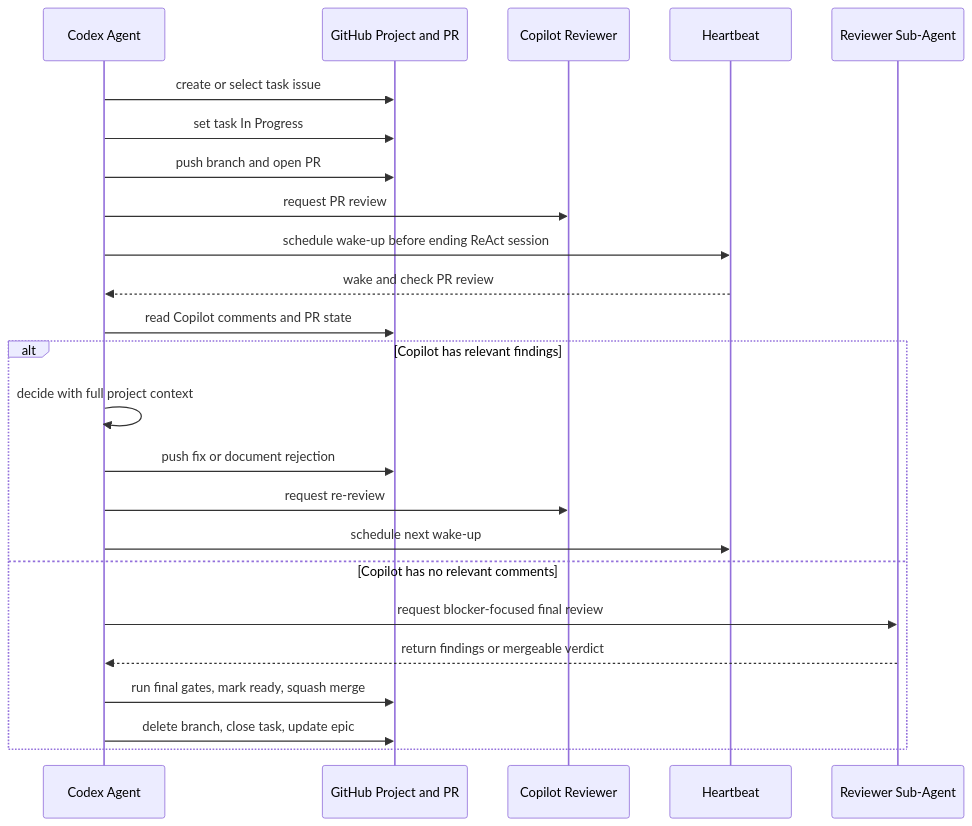
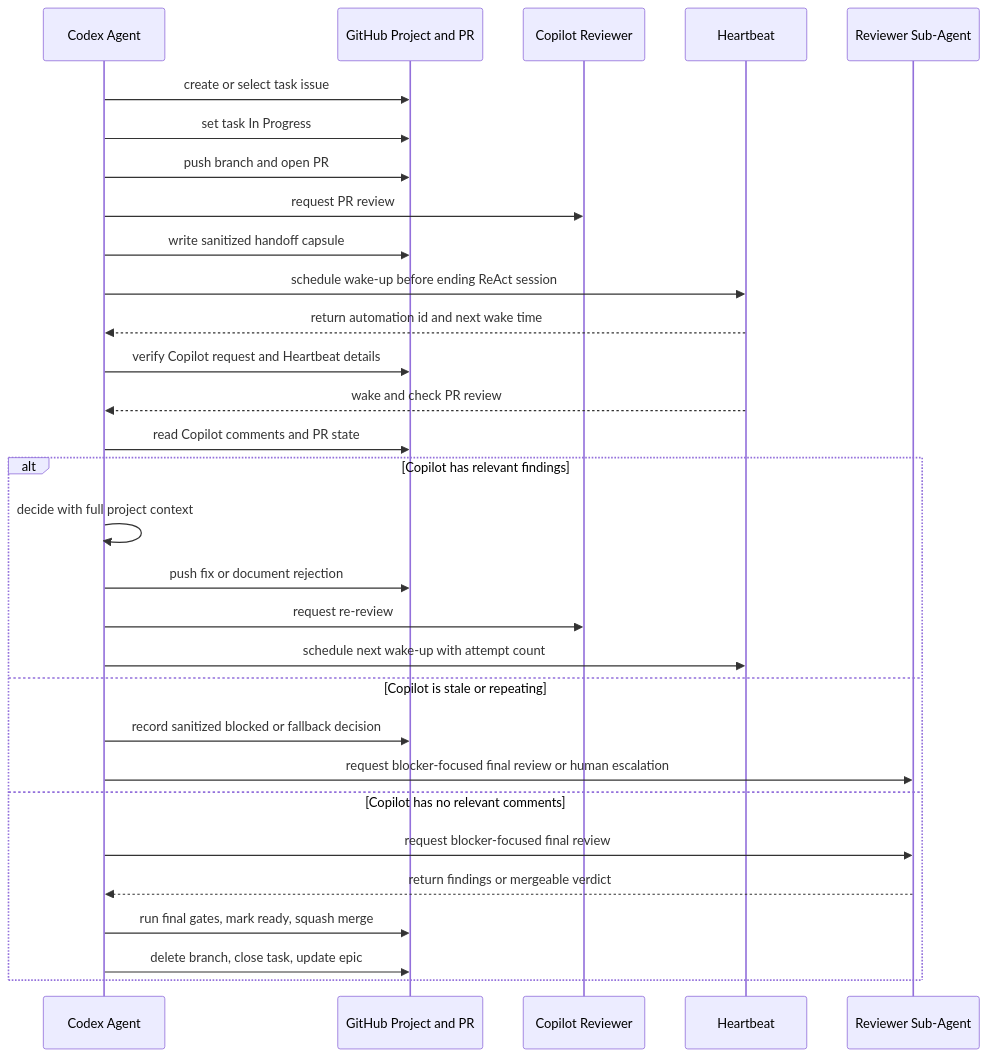
One commit to Turkevich91/Aigan changed the second of 3 diagrams in AGENTS.dev-pipeline-contract.md. Above: the diagram before and after it, drawn with Mermaid. The commit also changed other lines of this file, not shown here.

````diff
--- a/AGENTS.dev-pipeline-contract.md
+++ b/AGENTS.dev-pipeline-contract.md
@@ -51,27 +61,33 @@
 ```mermaid
 sequenceDiagram
     participant CA as Codex Agent
     participant GH as GitHub Project and PR
     participant CP as Copilot Reviewer
     participant HB as Heartbeat
     participant RA as Reviewer Sub-Agent
 
     CA->>GH: create or select task issue
     CA->>GH: set task In Progress
     CA->>GH: push branch and open PR
     CA->>CP: request PR review
+    CA->>GH: write sanitized handoff capsule
     CA->>HB: schedule wake-up before ending ReAct session
+    HB-->>CA: return automation id and next wake time
+    CA->>GH: verify Copilot request and Heartbeat details
     HB-->>CA: wake and check PR review
     CA->>GH: read Copilot comments and PR state
     alt Copilot has relevant findings
         CA->>CA: decide with full project context
         CA->>GH: push fix or document rejection
         CA->>CP: request re-review
-        CA->>HB: schedule next wake-up
+        CA->>HB: schedule next wake-up with attempt count
+    else Copilot is stale or repeating
+        CA->>GH: record sanitized blocked or fallback decision
+        CA->>RA: request blocker-focused final review or human escalation
     else Copilot has no relevant comments
         CA->>RA: request blocker-focused final review
         RA-->>CA: return findings or mergeable verdict
         CA->>GH: run final gates, mark ready, squash merge
         CA->>GH: delete branch, close task, update epic
     end
 ```
````
